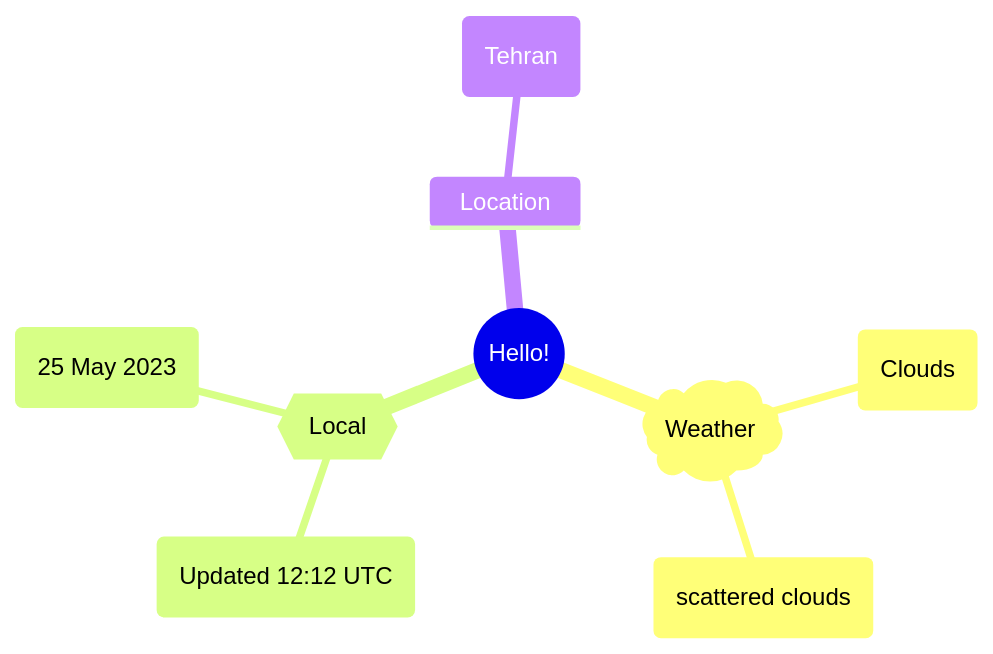
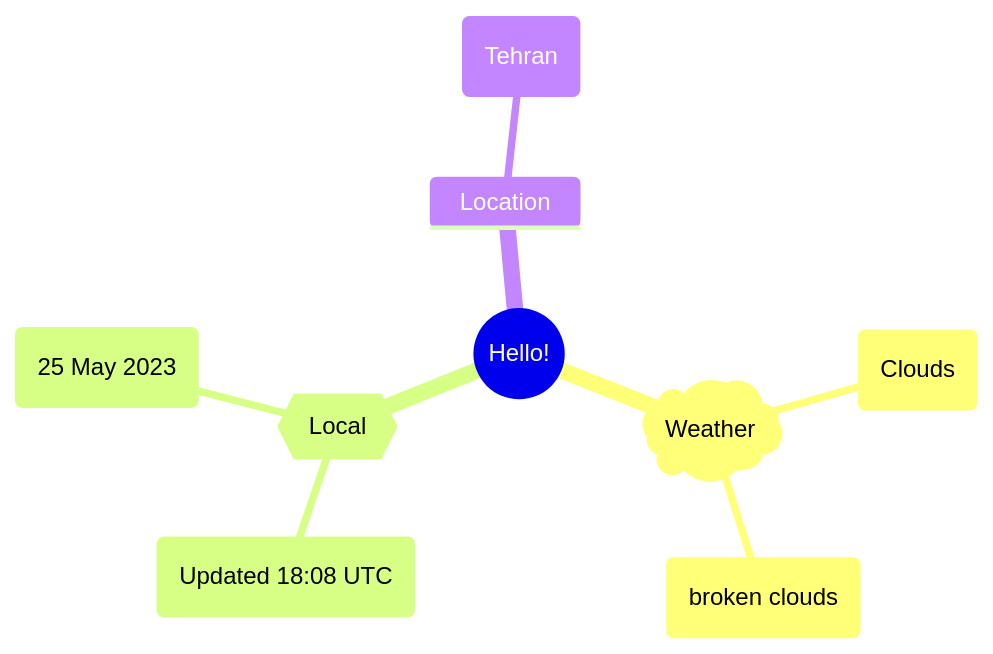
Before and after one commit to Xosrov/Xosrov: the first of 2 diagrams in README.md, drawn with Mermaid.

Commit message:
[bot] updated images

````diff
--- a/README.md
+++ b/README.md
@@ -3,12 +3,12 @@
 ```mermaid
 mindmap
   root((Hello!))
     )Weather(
         (Clouds)
-        (scattered clouds)
+        (broken clouds)
     {{Local}}
-        (Updated 12:12 UTC)
+        (Updated 18:08 UTC)
         (25 May 2023)
     Location
         (Tehran)
 ```
````
